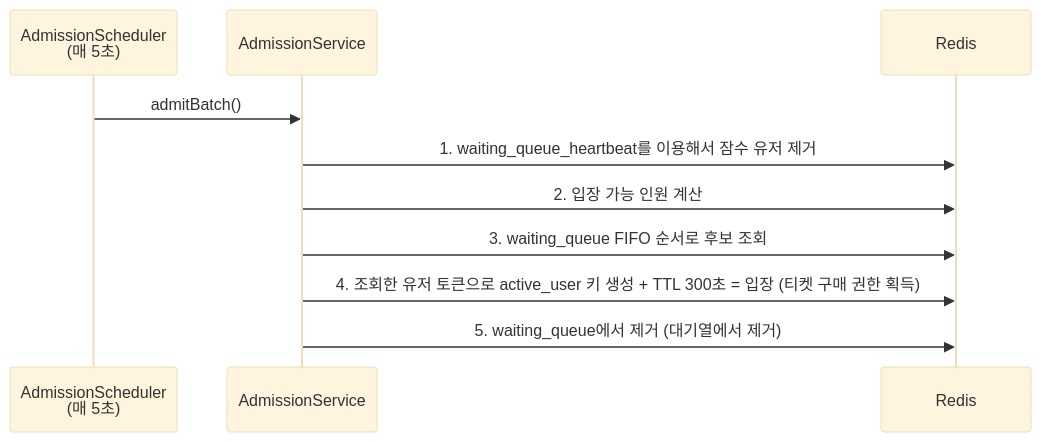
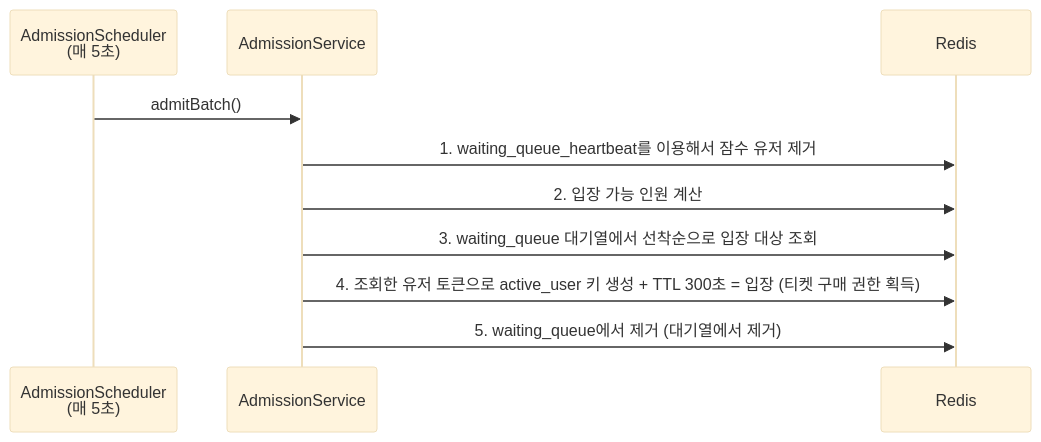
Before and after one commit to irnd04/zticket: the fourth of 8 diagrams in README.md, drawn with Mermaid (base theme). The commit also changed other lines of this file, not shown here.

````diff
--- a/README.md
+++ b/README.md
@@ -122,14 +122,14 @@
 ```mermaid
 sequenceDiagram
     participant S as AdmissionScheduler<br/>(매 5초)
     participant AS as AdmissionService
     participant R as Redis
 
     S->>AS: admitBatch()
 
     AS->>R: 1. waiting_queue_heartbeat를 이용해서 잠수 유저 제거
     AS->>R: 2. 입장 가능 인원 계산
-    AS->>R: 3. waiting_queue FIFO 순서로 후보 조회
+    AS->>R: 3. waiting_queue 대기열에서 선착순으로 입장 대상 조회
     AS->>R: 4. 조회한 유저 토큰으로 active_user 키 생성 + TTL 300초 = 입장 (티켓 구매 권한 획득) 
     AS->>R: 5. waiting_queue에서 제거 (대기열에서 제거)
 ```
````
